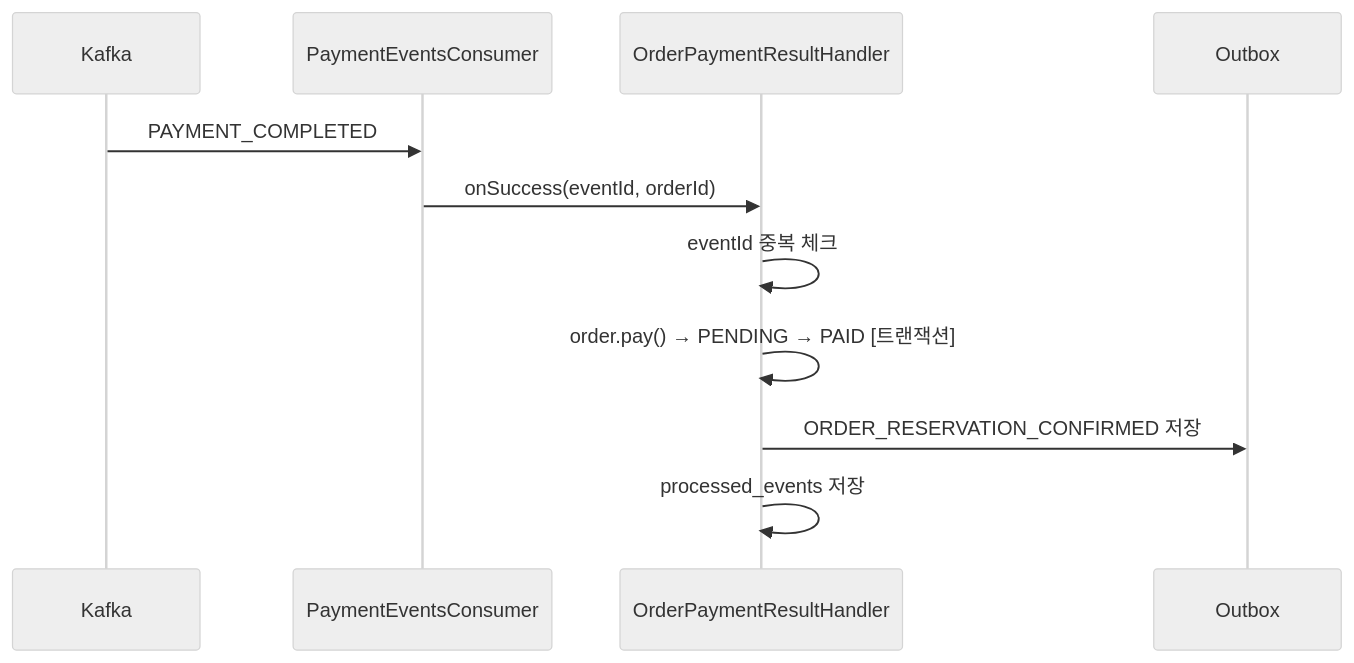
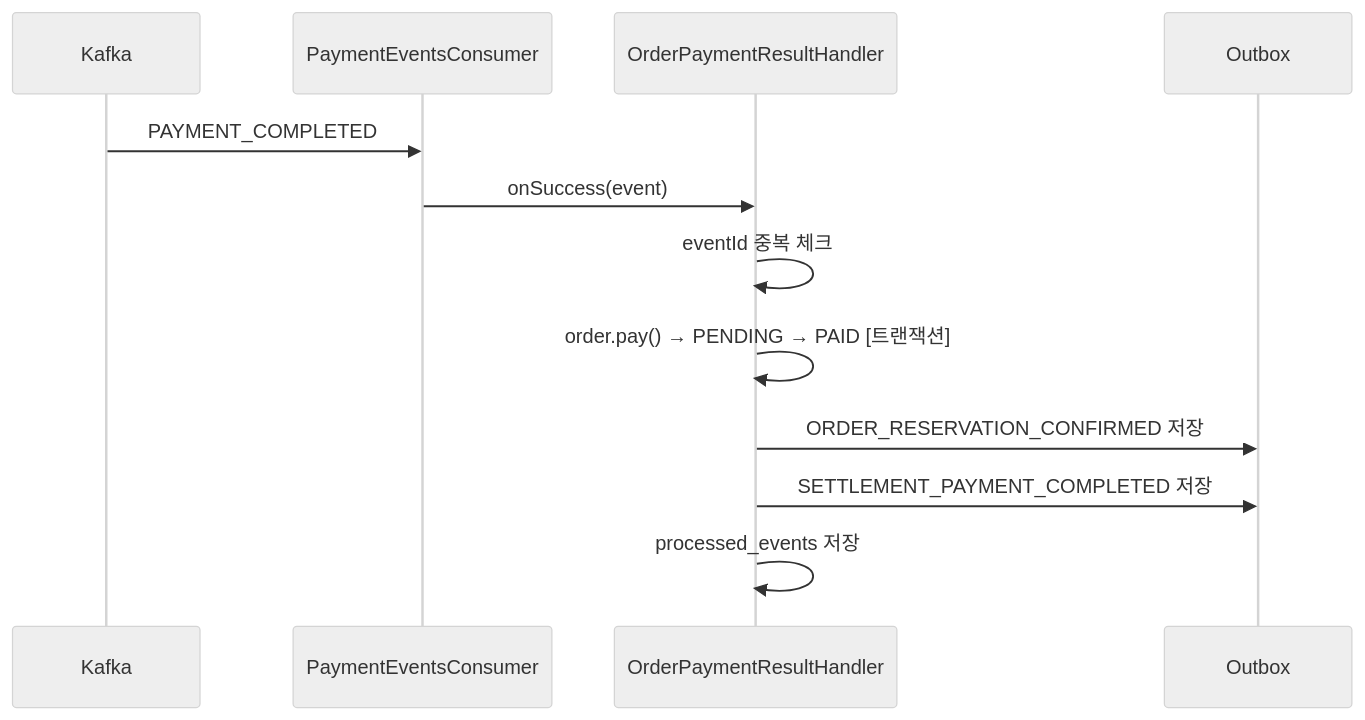
The second of 4 diagrams in docs/order/order.md (prgrms-be-adv-devcourse/beadv5_5_ChamomileChicken_BE), drawn with Mermaid (neutral theme) before and after one commit. The commit also changed other lines of this file and 6 other files, not shown here.

````diff
--- a/docs/order/order.md
+++ b/docs/order/order.md
@@ -133,14 +133,15 @@
 ```mermaid
 sequenceDiagram
     participant Kafka
     participant Consumer as PaymentEventsConsumer
     participant Handler as OrderPaymentResultHandler
     participant Outbox
 
     Kafka->>Consumer: PAYMENT_COMPLETED
-    Consumer->>Handler: onSuccess(eventId, orderId)
+    Consumer->>Handler: onSuccess(event)
     Handler->>Handler: eventId 중복 체크
     Handler->>Handler: order.pay() → PENDING → PAID [트랜잭션]
     Handler->>Outbox: ORDER_RESERVATION_CONFIRMED 저장
+    Handler->>Outbox: SETTLEMENT_PAYMENT_COMPLETED 저장
     Handler->>Handler: processed_events 저장
 ```
````
